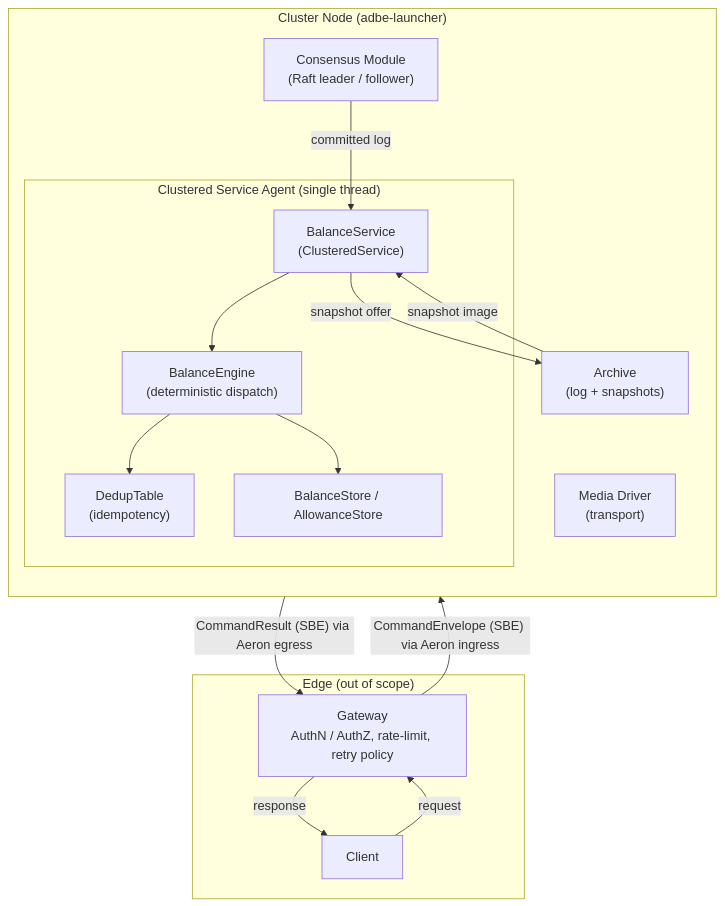
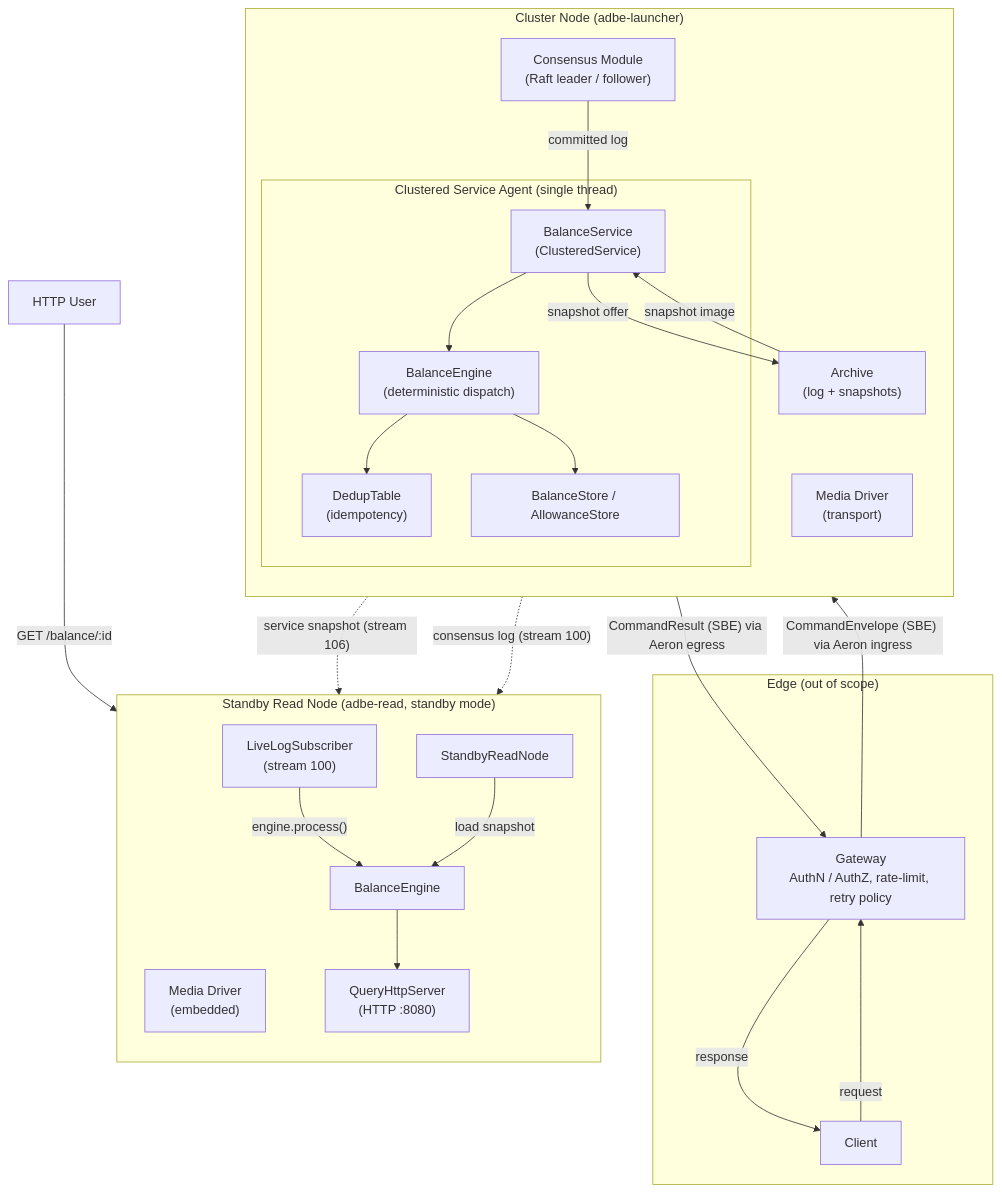
The first of 7 diagrams in docs/ARCHITECTURE.md (justrade-io/ledgerd), drawn with Mermaid before and after one commit. The commit also changed other lines of this file and 13 other files, not shown here.

First line of the commit message:
feat: Introduce Standby Read Nodes for external replication via Aeron Archive

````diff
--- a/docs/ARCHITECTURE.md
+++ b/docs/ARCHITECTURE.md
@@ -133,31 +138,47 @@
 ```mermaid
 flowchart TB
     subgraph EDGE["Edge (out of scope)"]
         CLIENT["Client"]
         GW["Gateway\nAuthN / AuthZ, rate-limit, retry policy"]
     end
 
     subgraph NODE["Cluster Node (adbe-launcher)"]
         direction TB
         MD["Media Driver\n(transport)"]
         CM["Consensus Module\n(Raft leader / follower)"]
         AR["Archive\n(log + snapshots)"]
         subgraph SC["Clustered Service Agent (single thread)"]
             BS["BalanceService\n(ClusteredService)"]
             BE["BalanceEngine\n(deterministic dispatch)"]
             DT["DedupTable\n(idempotency)"]
             BM["BalanceStore / AllowanceStore"]
             BS --> BE
             BE --> DT
             BE --> BM
         end
         CM -->|" committed log "| BS
         BS -->|" snapshot offer "| AR
         AR -->|" snapshot image "| BS
     end
 
+    subgraph READ["Standby Read Node (adbe-read, standby mode)"]
+        direction TB
+        MD2["Media Driver\n(embedded)"]
+        SB["StandbyReadNode"]
+        LLS["LiveLogSubscriber\n(stream 100)"]
+        BE2["BalanceEngine"]
+        QS["QueryHttpServer\n(HTTP :8080)"]
+        AR -.->|" service snapshot (stream 106) "| SB
+        AR -.->|" consensus log (stream 100) "| LLS
+        LLS -->|" engine.process() "| BE2
+        SB -->|" load snapshot "| BE2
+        BE2 --> QS
+    end
+
     CLIENT -->|" request "| GW
     GW -->|" CommandEnvelope (SBE) via Aeron ingress "| CM
     BS -->|" CommandResult (SBE) via Aeron egress "| GW
     GW -->|" response "| CLIENT
+
+    USER["HTTP User"] -->|" GET /balance/:id "| QS
 ```
````
